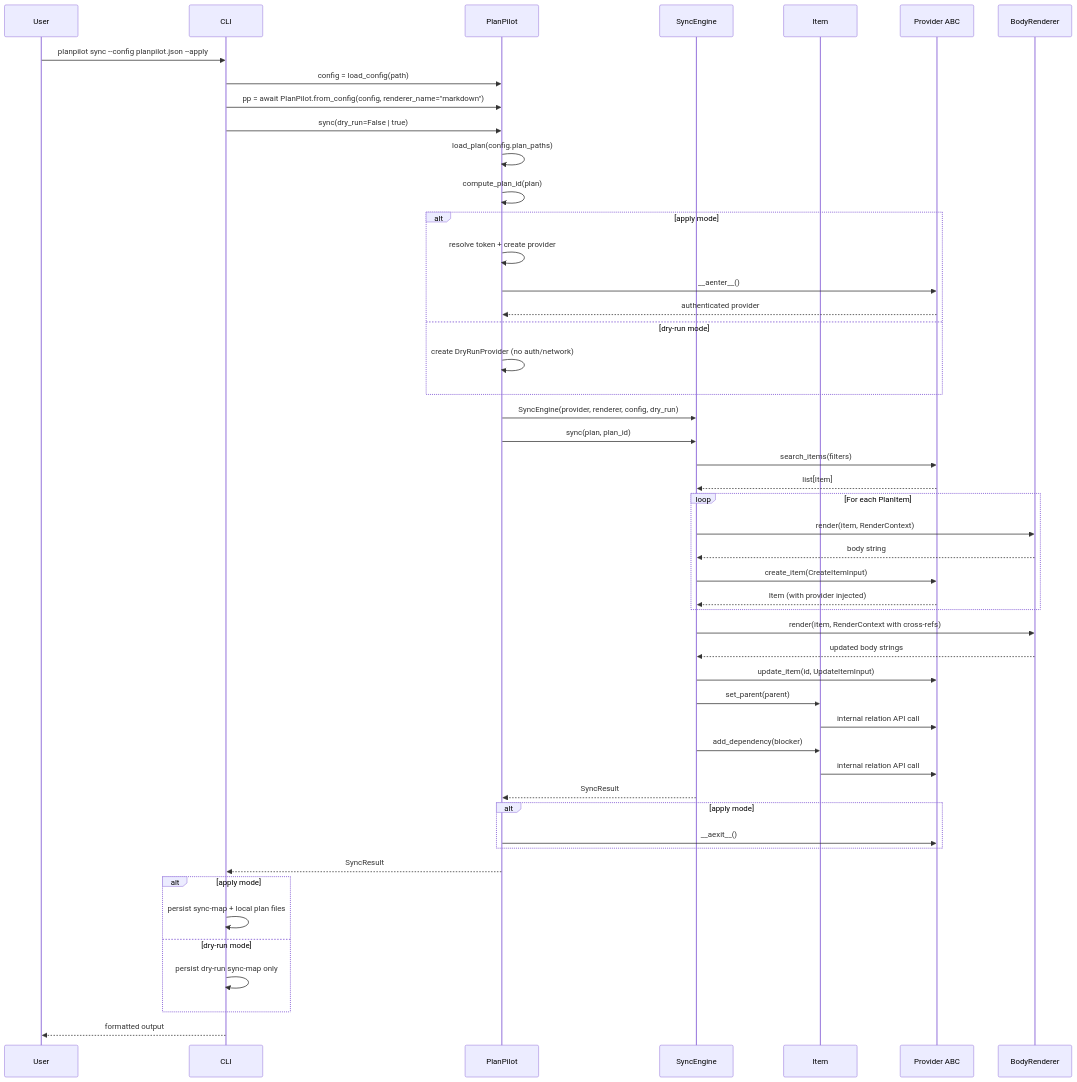
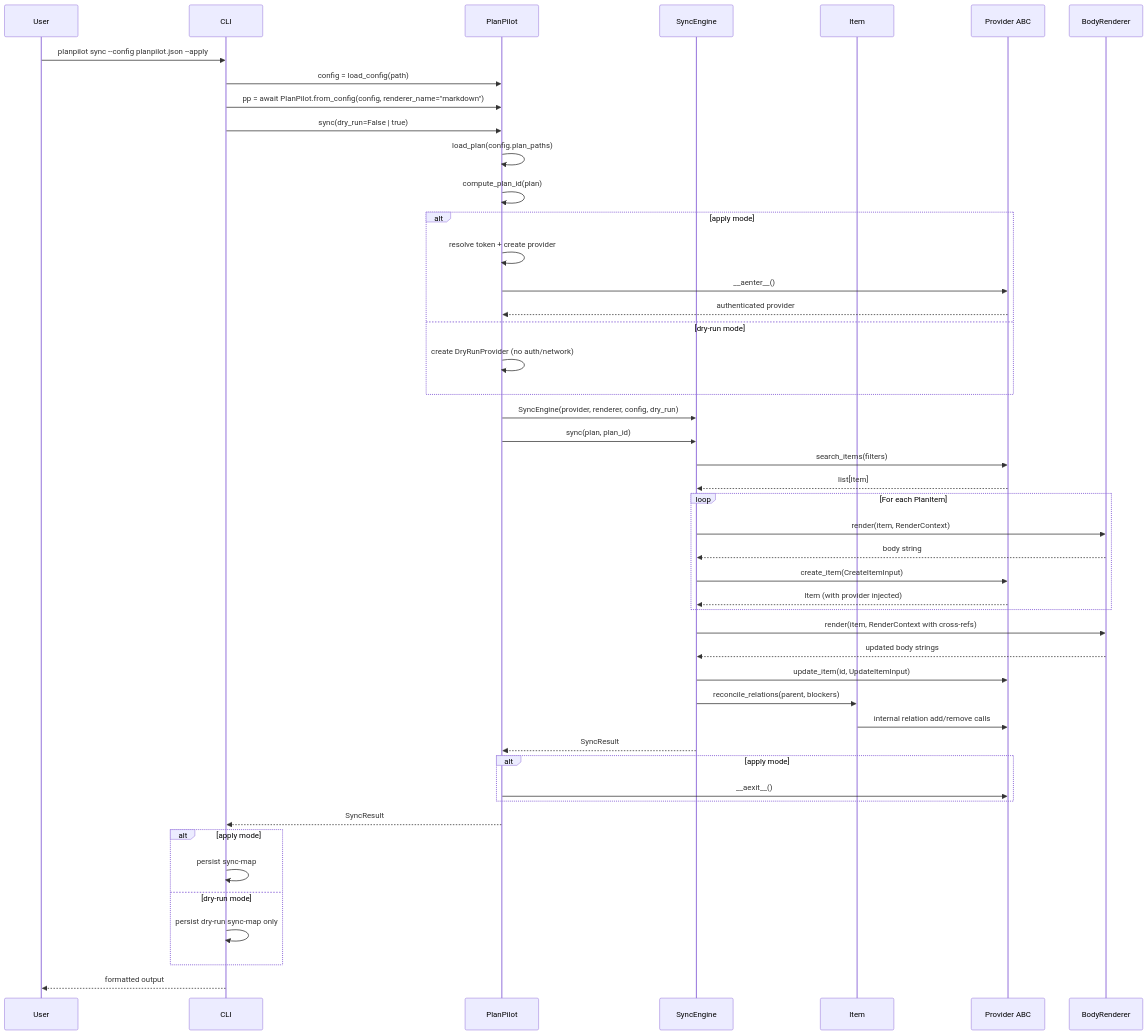
One commit to aryeko/planpilot changed the third of 3 diagrams in docs/design/architecture.md. Above: the diagram before and after it, drawn with Mermaid. The commit also changed other lines of this file and 63 other files, not shown here.

First line of the commit message:
fix: reconcile relations, harden workflows, and tighten docs governance (#76)

````diff
--- a/docs/design/architecture.md
+++ b/docs/design/architecture.md
@@ -218,57 +217,55 @@
 ```mermaid
 sequenceDiagram
     participant User
     participant CLI
     participant SDK as PlanPilot
     participant Engine as SyncEngine
     participant Item as Item
     participant Provider as Provider ABC
     participant Renderer as BodyRenderer
 
     User->>CLI: planpilot sync --config planpilot.json --apply
     CLI->>SDK: config = load_config(path)
     CLI->>SDK: pp = await PlanPilot.from_config(config, renderer_name="markdown")
     CLI->>SDK: sync(dry_run=False | true)
     SDK->>SDK: load_plan(config.plan_paths)
     SDK->>SDK: compute_plan_id(plan)
     alt apply mode
         SDK->>SDK: resolve token + create provider
         SDK->>Provider: __aenter__()
         Provider-->>SDK: authenticated provider
     else dry-run mode
         SDK->>SDK: create DryRunProvider (no auth/network)
     end
     SDK->>Engine: SyncEngine(provider, renderer, config, dry_run)
     SDK->>Engine: sync(plan, plan_id)
 
     Engine->>Provider: search_items(filters)
     Provider-->>Engine: list[Item]
 
     loop For each PlanItem
         Engine->>Renderer: render(item, RenderContext)
         Renderer-->>Engine: body string
         Engine->>Provider: create_item(CreateItemInput)
         Provider-->>Engine: Item (with provider injected)
     end
 
     Engine->>Renderer: render(item, RenderContext with cross-refs)
     Renderer-->>Engine: updated body strings
     Engine->>Provider: update_item(id, UpdateItemInput)
 
-    Engine->>Item: set_parent(parent)
-    Item->>Provider: internal relation API call
-    Engine->>Item: add_dependency(blocker)
-    Item->>Provider: internal relation API call
+    Engine->>Item: reconcile_relations(parent, blockers)
+    Item->>Provider: internal relation add/remove calls
 
     Engine-->>SDK: SyncResult
     alt apply mode
         SDK->>Provider: __aexit__()
     end
     SDK-->>CLI: SyncResult
     alt apply mode
-        CLI->>CLI: persist sync-map + local plan files
+        CLI->>CLI: persist sync-map
     else dry-run mode
         CLI->>CLI: persist dry-run sync-map only
     end
     CLI-->>User: formatted output
 ```
````
